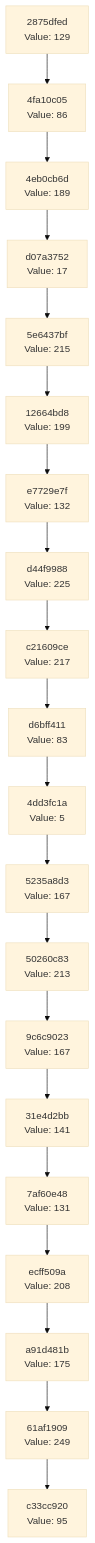
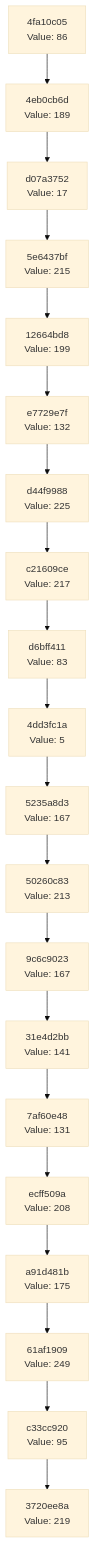
One commit to Abhisheksinha1506/hash-chain-evolver changed the diagram in docs/CHAIN_VISUALIZATION.md. Above: the diagram before and after it, drawn with Mermaid (base theme). The commit also changed 1 other file, not shown here.

Commit message:
Evolution step: hash 0xDB → action executed

````diff
--- a/docs/CHAIN_VISUALIZATION.md
+++ b/docs/CHAIN_VISUALIZATION.md
@@ -3,42 +3,42 @@
 ```mermaid
 graph TD
-    C0["c33cc920<br/>Value: 95"]
-    C1["61af1909<br/>Value: 249"]
+    C0["3720ee8a<br/>Value: 219"]
+    C1["c33cc920<br/>Value: 95"]
     C1 --> C0
-    C2["a91d481b<br/>Value: 175"]
+    C2["61af1909<br/>Value: 249"]
     C2 --> C1
-    C3["ecff509a<br/>Value: 208"]
+    C3["a91d481b<br/>Value: 175"]
     C3 --> C2
-    C4["7af60e48<br/>Value: 131"]
+    C4["ecff509a<br/>Value: 208"]
     C4 --> C3
-    C5["31e4d2bb<br/>Value: 141"]
+    C5["7af60e48<br/>Value: 131"]
     C5 --> C4
-    C6["9c6c9023<br/>Value: 167"]
+    C6["31e4d2bb<br/>Value: 141"]
     C6 --> C5
-    C7["50260c83<br/>Value: 213"]
+    C7["9c6c9023<br/>Value: 167"]
     C7 --> C6
-    C8["5235a8d3<br/>Value: 167"]
+    C8["50260c83<br/>Value: 213"]
     C8 --> C7
-    C9["4dd3fc1a<br/>Value: 5"]
+    C9["5235a8d3<br/>Value: 167"]
     C9 --> C8
-    C10["d6bff411<br/>Value: 83"]
+    C10["4dd3fc1a<br/>Value: 5"]
     C10 --> C9
-    C11["c21609ce<br/>Value: 217"]
+    C11["d6bff411<br/>Value: 83"]
     C11 --> C10
-    C12["d44f9988<br/>Value: 225"]
+    C12["c21609ce<br/>Value: 217"]
     C12 --> C11
-    C13["e7729e7f<br/>Value: 132"]
+    C13["d44f9988<br/>Value: 225"]
     C13 --> C12
-    C14["12664bd8<br/>Value: 199"]
+    C14["e7729e7f<br/>Value: 132"]
     C14 --> C13
-    C15["5e6437bf<br/>Value: 215"]
+    C15["12664bd8<br/>Value: 199"]
     C15 --> C14
-    C16["d07a3752<br/>Value: 17"]
+    C16["5e6437bf<br/>Value: 215"]
     C16 --> C15
-    C17["4eb0cb6d<br/>Value: 189"]
+    C17["d07a3752<br/>Value: 17"]
     C17 --> C16
-    C18["4fa10c05<br/>Value: 86"]
+    C18["4eb0cb6d<br/>Value: 189"]
     C18 --> C17
-    C19["2875dfed<br/>Value: 129"]
+    C19["4fa10c05<br/>Value: 86"]
     C19 --> C18
 ```
````
